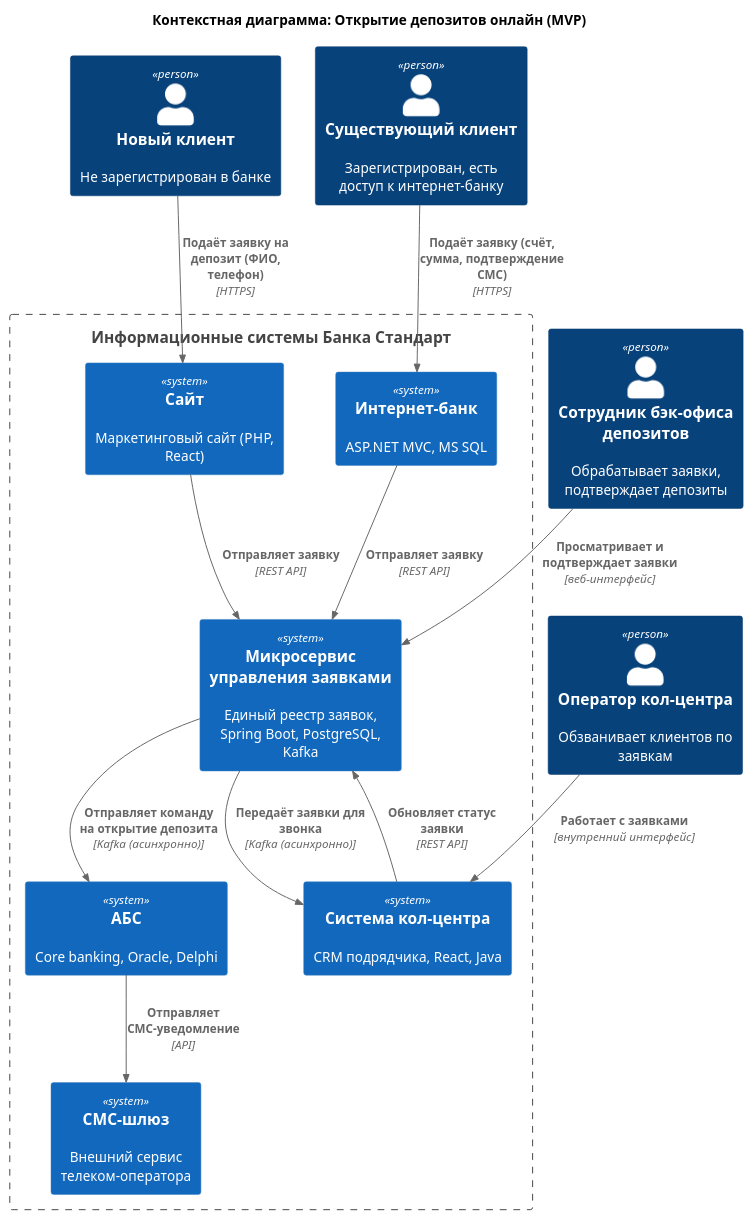
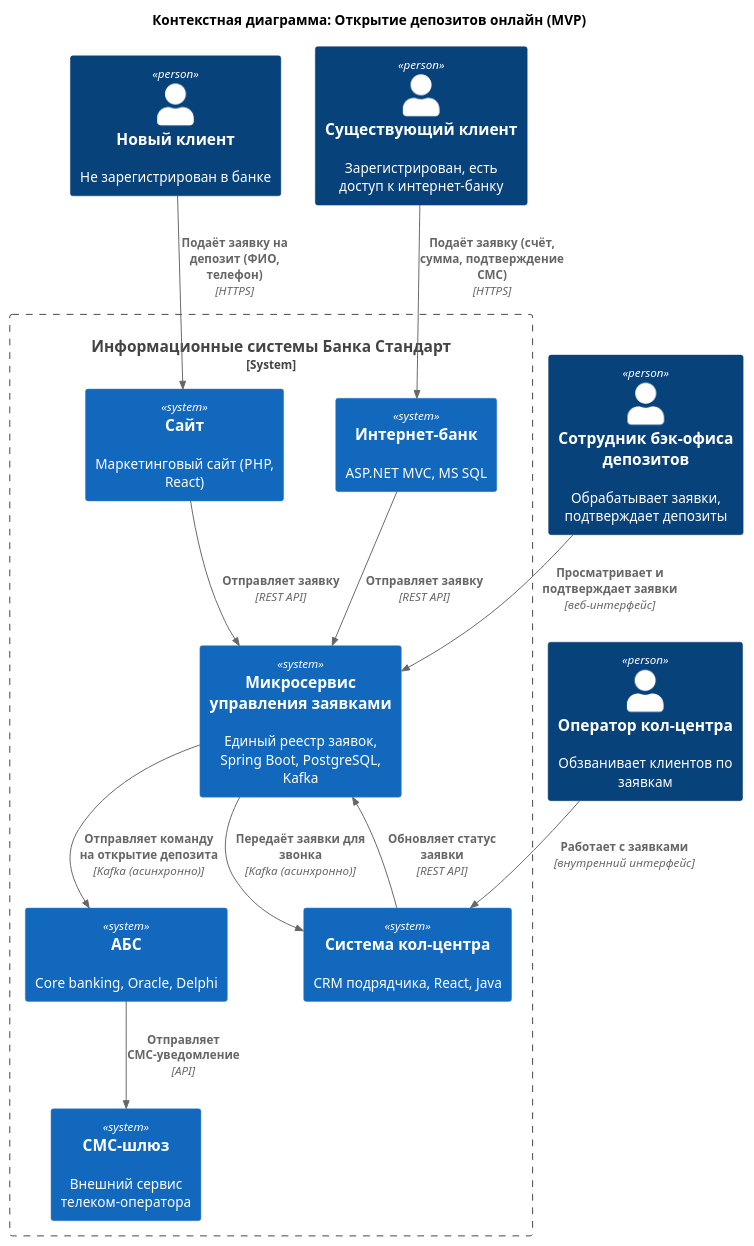
One commit to afakhrieva/architecture-pro-standart changed the diagram in Task3/c4/contex_diagram_MVP.puml. Above: the diagram before and after it, drawn with PlantUML. The commit also changed 6 other files, not shown here.

```diff
--- a/Task3/c4/contex_diagram_MVP.puml
+++ b/Task3/c4/contex_diagram_MVP.puml
@@ -1,34 +1,34 @@
 @startuml
 title Контекстная диаграмма: Открытие депозитов онлайн (MVP)
 
 top to bottom direction
 
 !include <C4/C4_Context>
 !include <C4/C4_Container>
 
 Person(new_client, "Новый клиент", "Не зарегистрирован в банке")
 Person(existing_client, "Существующий клиент", "Зарегистрирован, есть доступ к интернет-банку")
 Person(call_operator, "Оператор кол-центра", "Обзванивает клиентов по заявкам")
 Person(dep_back, "Сотрудник бэк-офиса депозитов", "Обрабатывает заявки, подтверждает депозиты")
 
-Boundary(bank, "Информационные системы Банка Стандарт") {
+System_Boundary(bank, "Информационные системы Банка Стандарт") {
     System(site, "Сайт", "Маркетинговый сайт (PHP, React)")
     System(ib, "Интернет-банк", "ASP.NET MVC, MS SQL")
     System(claim_ms, "Микросервис управления заявками", "Единый реестр заявок, Spring Boot, PostgreSQL, Kafka")
     System(abs, "АБС", "Core banking, Oracle, Delphi")
     System(cc, "Система кол-центра", "CRM подрядчика, React, Java")
     System(sms, "СМС-шлюз", "Внешний сервис телеком-оператора")
 }
 
 Rel(new_client, site, "Подаёт заявку на депозит (ФИО, телефон)", "HTTPS")
 Rel(existing_client, ib, "Подаёт заявку (счёт, сумма, подтверждение СМС)", "HTTPS")
 Rel(site, claim_ms, "Отправляет заявку", "REST API")
 Rel(ib, claim_ms, "Отправляет заявку", "REST API")
 Rel(claim_ms, cc, "Передаёт заявки для звонка", "Kafka (асинхронно)")
 Rel(call_operator, cc, "Работает с заявками", "внутренний интерфейс")
 Rel(cc, claim_ms, "Обновляет статус заявки", "REST API")
 Rel(dep_back, claim_ms, "Просматривает и подтверждает заявки", "веб-интерфейс")
 Rel(claim_ms, abs, "Отправляет команду на открытие депозита", "Kafka (асинхронно)")
 Rel(abs, sms, "Отправляет СМС-уведомление", "API")
 
 @enduml
```
